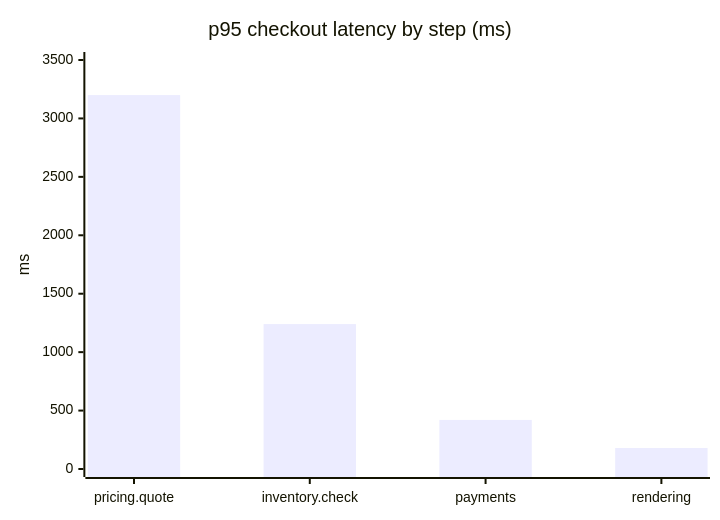
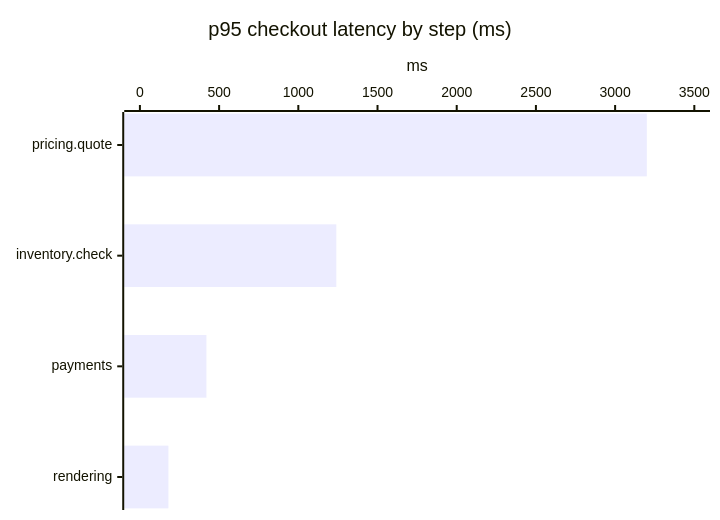
The diagram in plugin/skills/drawing/SKILL.md (mazzucci/whiteboard), drawn with Mermaid before and after one commit. The commit also changed other lines of this file and 8 other files, not shown here.

Commit message:
Fixes from the recorded takes: a sticky note's on can be any chart label, and one that names nothing is told to Claude; a chart's selection clears once sent; bars and slices no longer fade; long labels go horizontal; the charts demo recorder

````diff
--- a/plugin/skills/drawing/SKILL.md
+++ b/plugin/skills/drawing/SKILL.md
@@ -235,7 +235,7 @@
 ```mermaid
-xychart-beta
+xychart-beta horizontal
   title "p95 checkout latency by step (ms)"
   x-axis ["pricing.quote", "inventory.check", payments, rendering]
   y-axis "ms" 0 --> 3500
   bar [3200, 1240, 420, 180]
 ```
````
